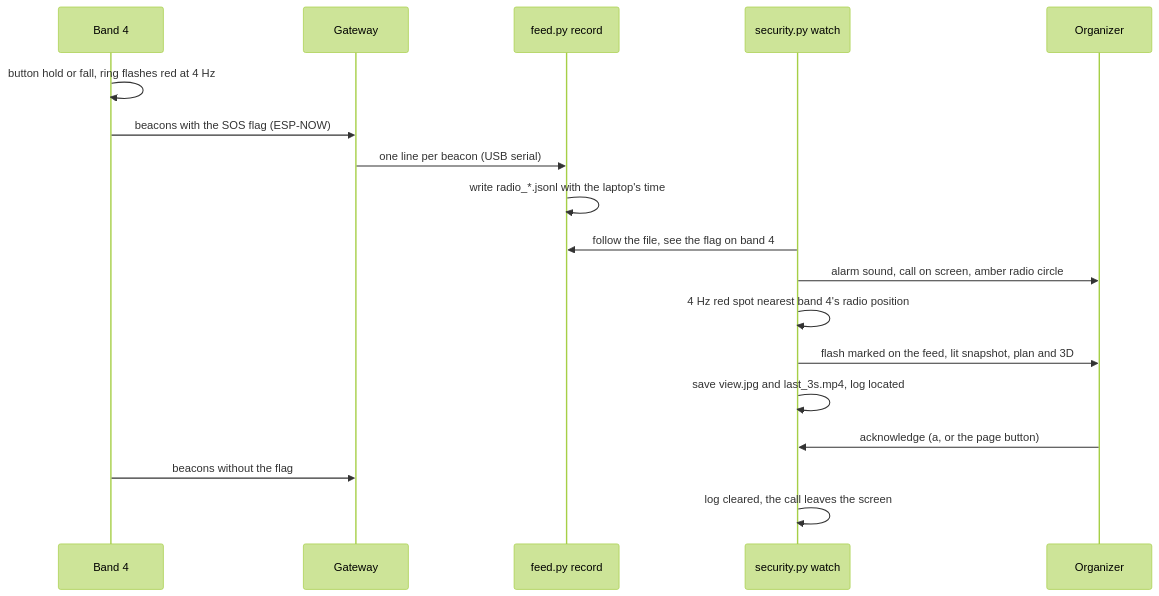
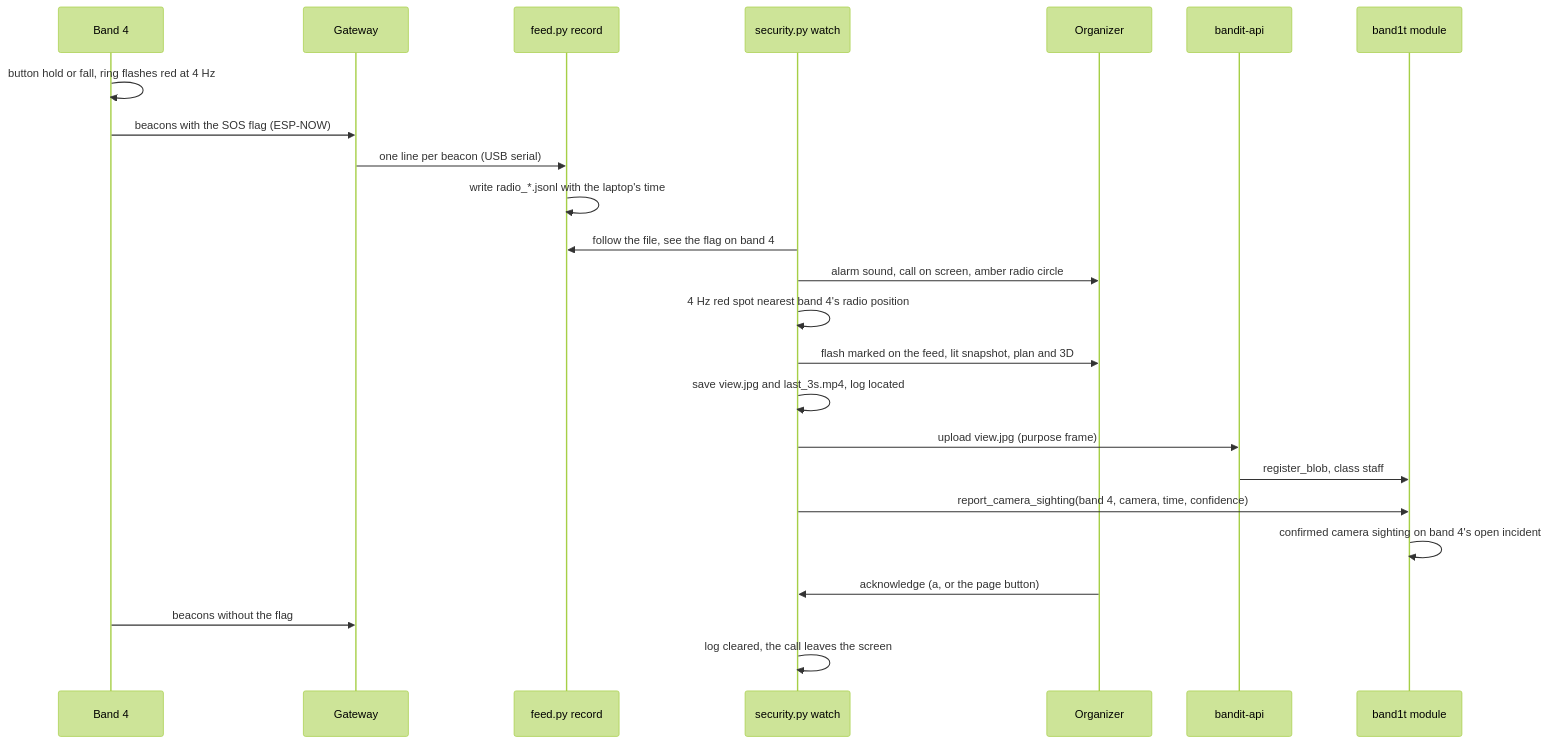
The second of 3 diagrams in System Design/4-devices/Vision.md (viktorinkov/cal-hacks-13), drawn with Mermaid (forest theme) before and after one commit. The commit also changed other lines of this file and 4 other files, not shown here.

Commit message:
system design: security view sends camera sightings through report_camera_sighting

````diff
--- a/System Design/4-devices/Vision.md
+++ b/System Design/4-devices/Vision.md
@@ -135,20 +152,26 @@
 ```mermaid
 sequenceDiagram
     participant B as Band 4
     participant G as Gateway
     participant R as feed.py record
     participant S as security.py watch
     participant O as Organizer
+    participant A as bandit-api
+    participant M as band1t module
     B->>B: button hold or fall, ring flashes red at 4 Hz
     B->>G: beacons with the SOS flag (ESP-NOW)
     G->>R: one line per beacon (USB serial)
     R->>R: write radio_*.jsonl with the laptop's time
     S->>R: follow the file, see the flag on band 4
     S->>O: alarm sound, call on screen, amber radio circle
     S->>S: 4 Hz red spot nearest band 4's radio position
     S->>O: flash marked on the feed, lit snapshot, plan and 3D
     S->>S: save view.jpg and last_3s.mp4, log located
+    S->>A: upload view.jpg (purpose frame)
+    A->>M: register_blob, class staff
+    S->>M: report_camera_sighting(band 4, camera, time, confidence)
+    M->>M: confirmed camera sighting on band 4's open incident
     O->>S: acknowledge (a, or the page button)
     B->>G: beacons without the flag
     S->>S: log cleared, the call leaves the screen
 ```
````
